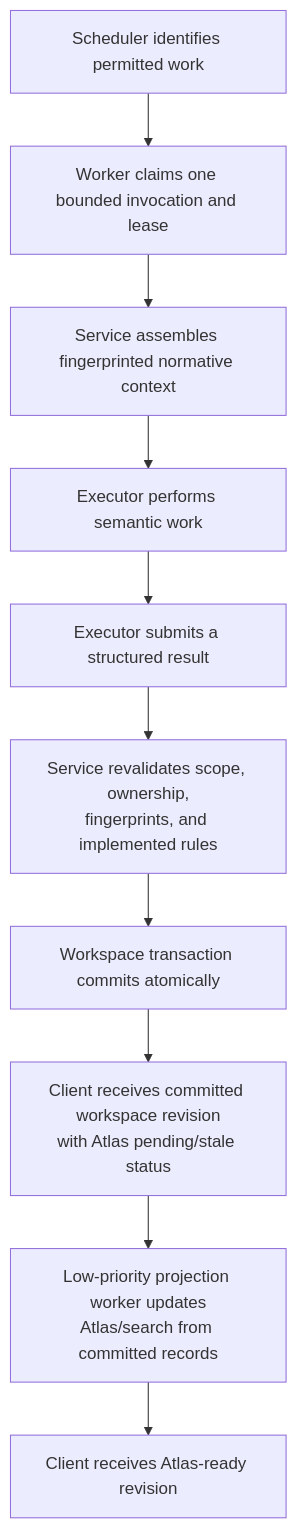
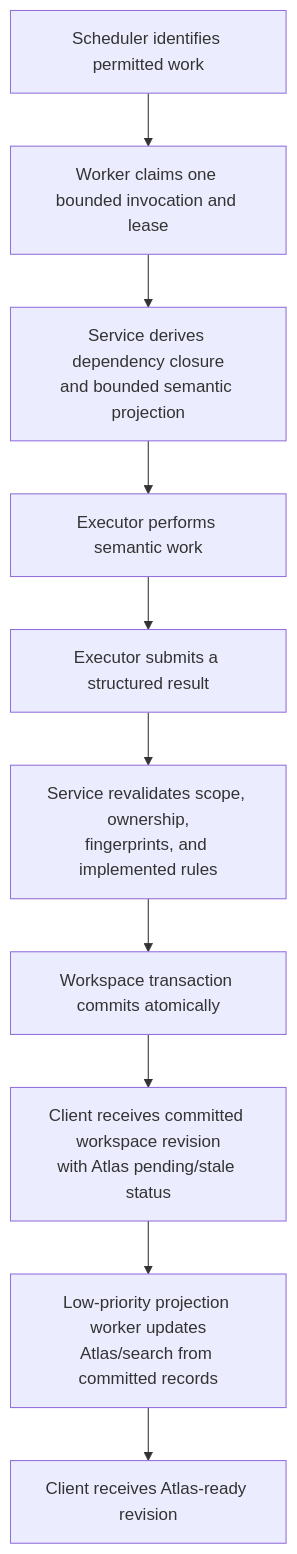
Before and after one commit to nckirik/legacy-autopsy: the third of 4 diagrams in docs/runtime.md, drawn with Mermaid. The commit also changed other lines of this file, not shown here.

Commit message:
docs: define capability-based semantic execution

````diff
--- a/docs/runtime.md
+++ b/docs/runtime.md
@@ -114,16 +133,16 @@
 ```mermaid
 flowchart TD
     schedule["Scheduler identifies permitted work"]
     claim["Worker claims one bounded invocation and lease"]
-    context["Service assembles fingerprinted normative context"]
+    context["Service derives dependency closure<br/>and bounded semantic projection"]
     execute["Executor performs semantic work"]
     submit["Executor submits a structured result"]
     validate["Service revalidates scope, ownership,<br/>fingerprints, and implemented rules"]
     commit["Workspace transaction commits atomically"]
     committed["Client receives committed workspace revision<br/>with Atlas pending/stale status"]
     project["Low-priority projection worker updates<br/>Atlas/search from committed records"]
     ready["Client receives Atlas-ready revision"]
 
     schedule --> claim --> context --> execute --> submit
     submit --> validate --> commit --> committed --> project --> ready
 ```
````
